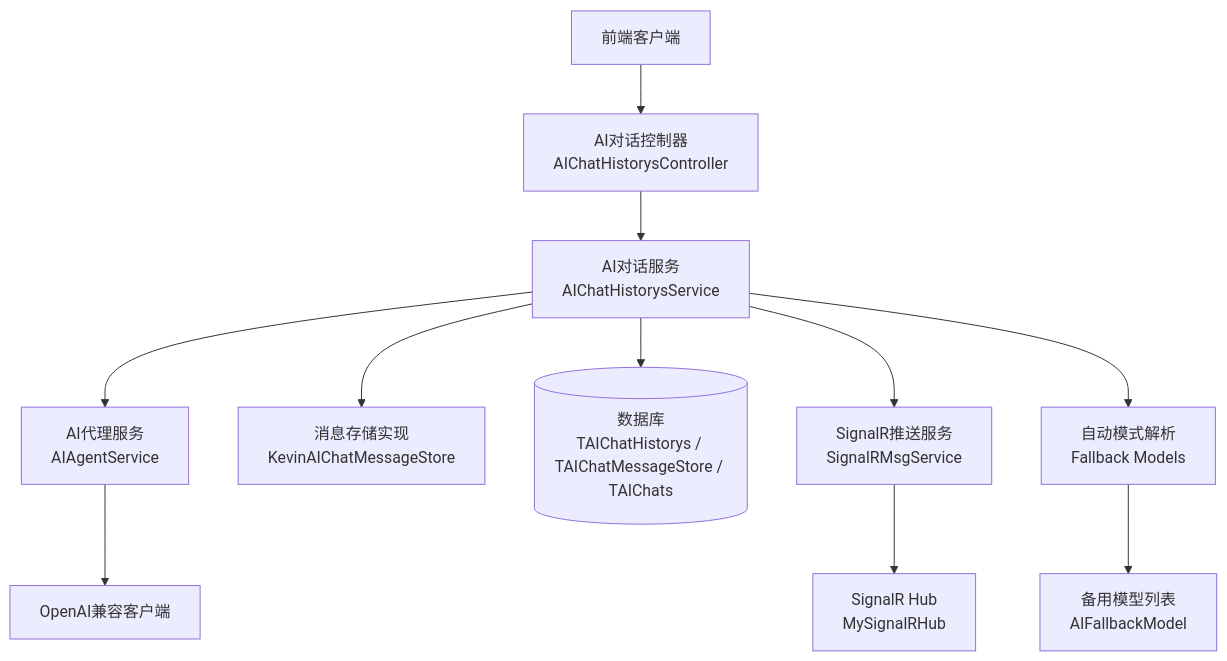
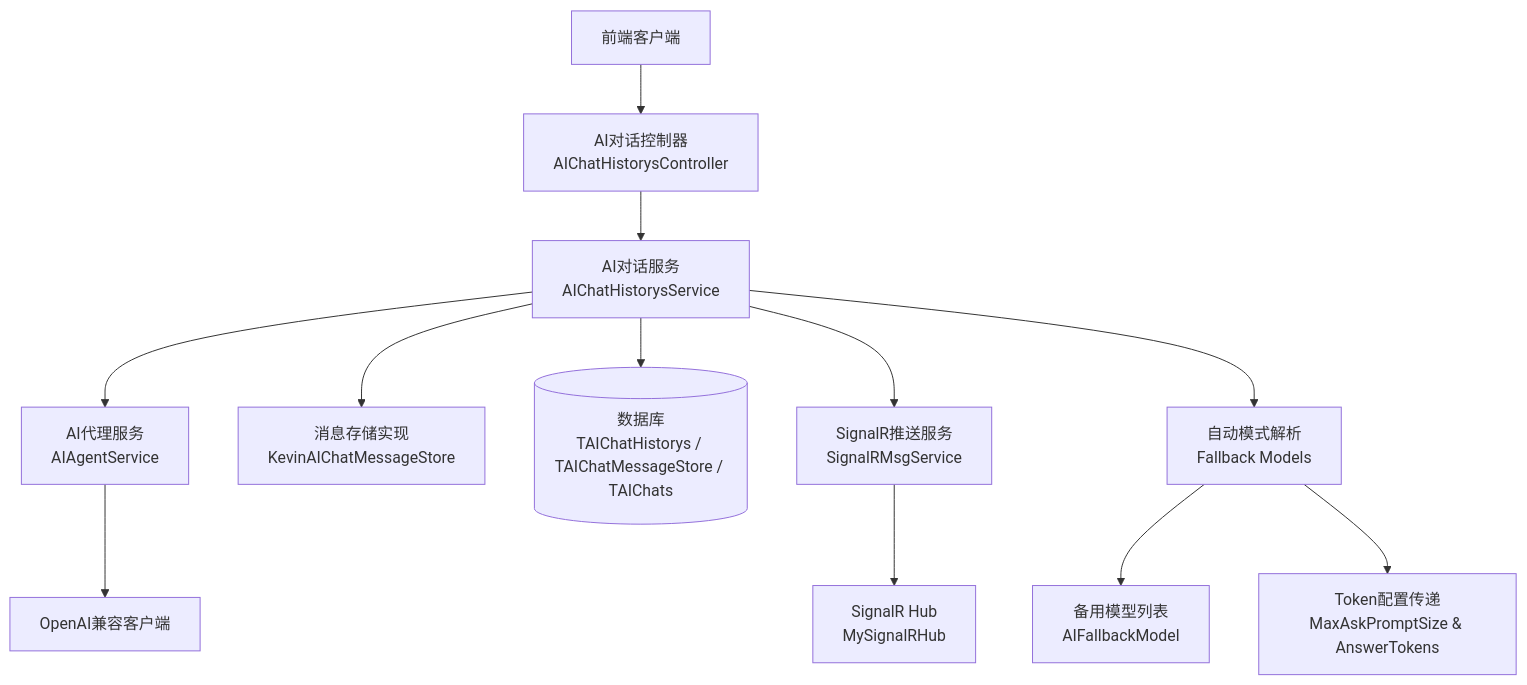
Before and after one commit to junkai-li/NetCoreKevin: the first of 7 diagrams in .qoder/repowiki/zh/content/核心模块/AI智能助手/聊天对话.md, drawn with Mermaid. The commit also changed other lines of this file and 41 other files, not shown here.

````diff
--- a/.qoder/repowiki/zh/content/核心模块/AI智能助手/聊天对话.md
+++ b/.qoder/repowiki/zh/content/核心模块/AI智能助手/聊天对话.md
@@ -51,13 +54,14 @@
 ```mermaid
 graph TB
 Client["前端客户端"] --> API["AI对话控制器<br/>AIChatHistorysController"]
 API --> Svc["AI对话服务<br/>AIChatHistorysService"]
 Svc --> Agent["AI代理服务<br/>AIAgentService"]
 Svc --> Store["消息存储实现<br/>KevinAIChatMessageStore"]
 Svc --> DB[("数据库<br/>TAIChatHistorys / TAIChatMessageStore / TAIChats")]
 Svc --> SignalR["SignalR推送服务<br/>SignalRMsgService"]
 Agent --> OpenAI["OpenAI兼容客户端"]
 SignalR --> Hub["SignalR Hub<br/>MySignalRHub"]
 Svc --> AutoMode["自动模式解析<br/>Fallback Models"]
 AutoMode --> Fallback["备用模型列表<br/>AIFallbackModel"]
+AutoMode --> TokenConfig["Token配置传递<br/>MaxAskPromptSize & AnswerTokens"]
 ```
````
